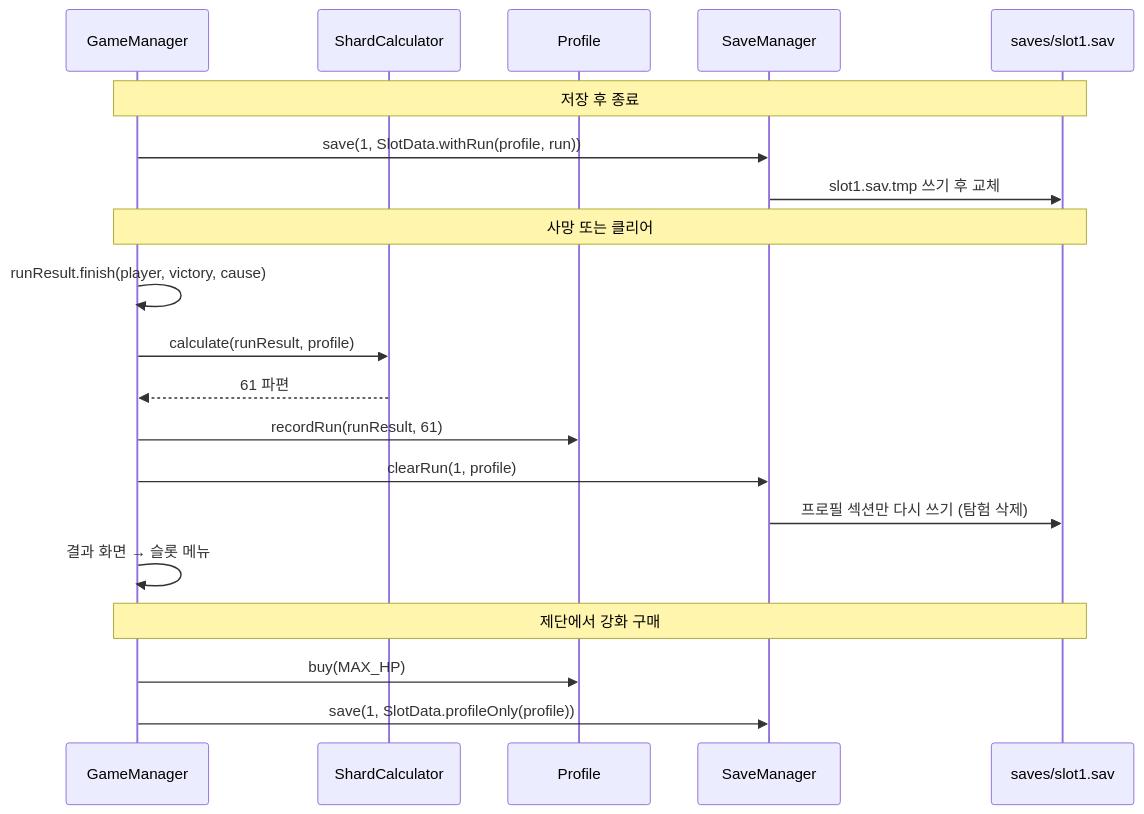
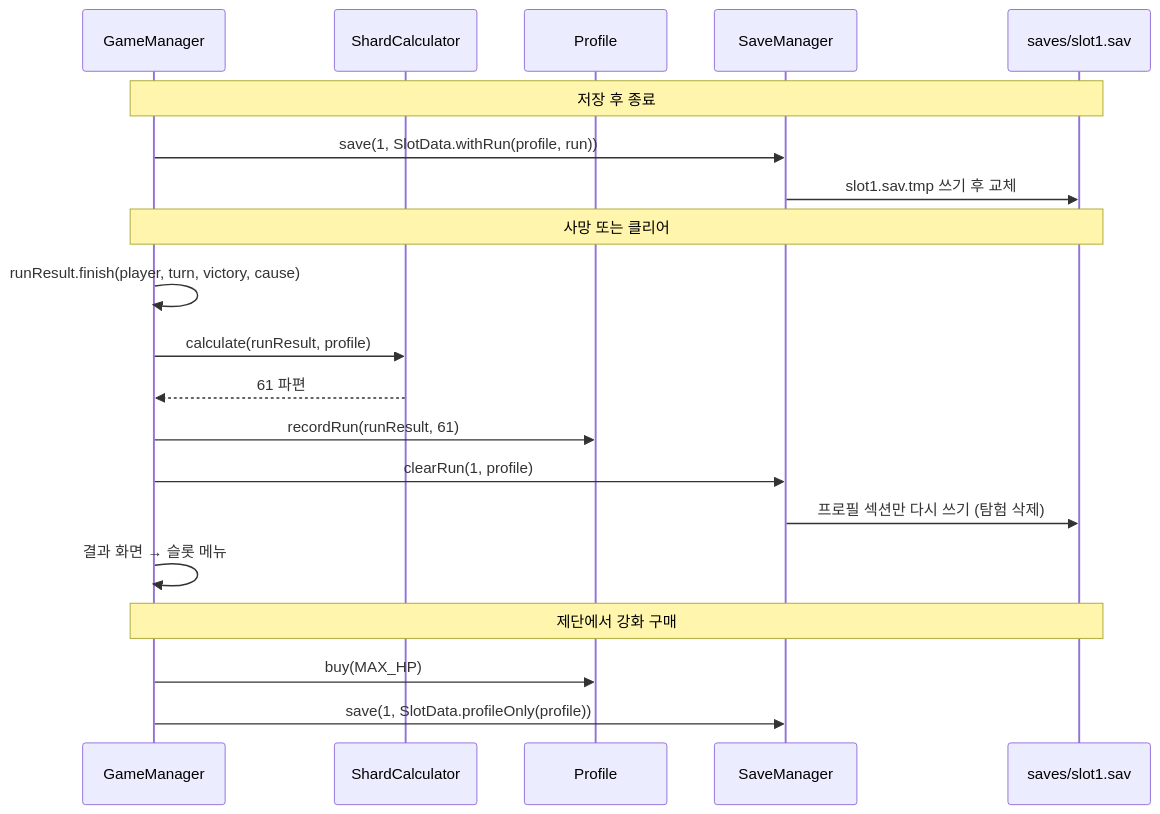
The eighth of 9 diagrams in docs/Class-Diagram.md (likelion-boot-camp-28th/side-project01-team01), drawn with Mermaid before and after one commit. The commit also changed other lines of this file and 8 other files, not shown here.

````diff
--- a/docs/Class-Diagram.md
+++ b/docs/Class-Diagram.md
@@ -935,25 +935,25 @@
 ```mermaid
 sequenceDiagram
     participant GM as GameManager
     participant SC as ShardCalculator
     participant PR as Profile
     participant SM as SaveManager
     participant FS as saves/slot1.sav
 
     Note over GM,FS: 저장 후 종료
     GM->>SM: save(1, SlotData.withRun(profile, run))
     SM->>FS: slot1.sav.tmp 쓰기 후 교체
 
     Note over GM,FS: 사망 또는 클리어
-    GM->>GM: runResult.finish(player, victory, cause)
+    GM->>GM: runResult.finish(player, turn, victory, cause)
     GM->>SC: calculate(runResult, profile)
     SC-->>GM: 61 파편
     GM->>PR: recordRun(runResult, 61)
     GM->>SM: clearRun(1, profile)
     SM->>FS: 프로필 섹션만 다시 쓰기 (탐험 삭제)
     GM->>GM: 결과 화면 → 슬롯 메뉴
 
     Note over GM,FS: 제단에서 강화 구매
     GM->>PR: buy(MAX_HP)
     GM->>SM: save(1, SlotData.profileOnly(profile))
 ```
````
